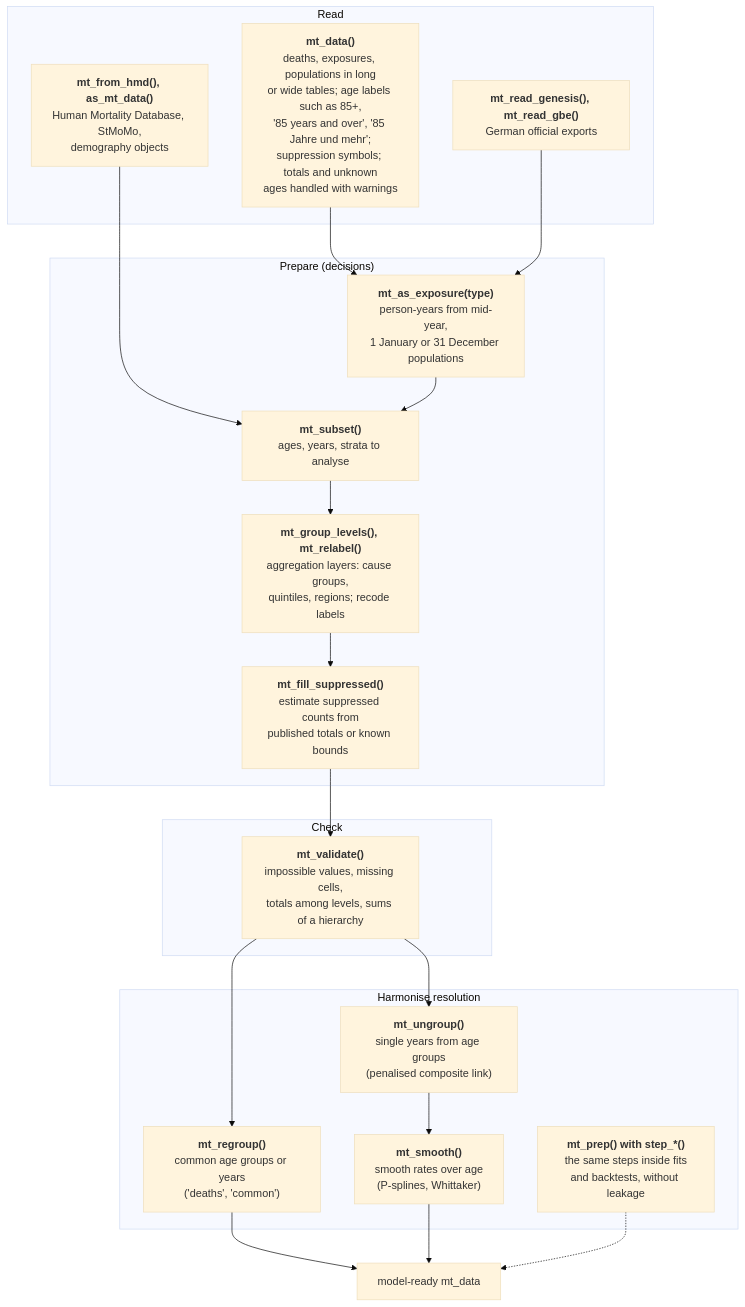
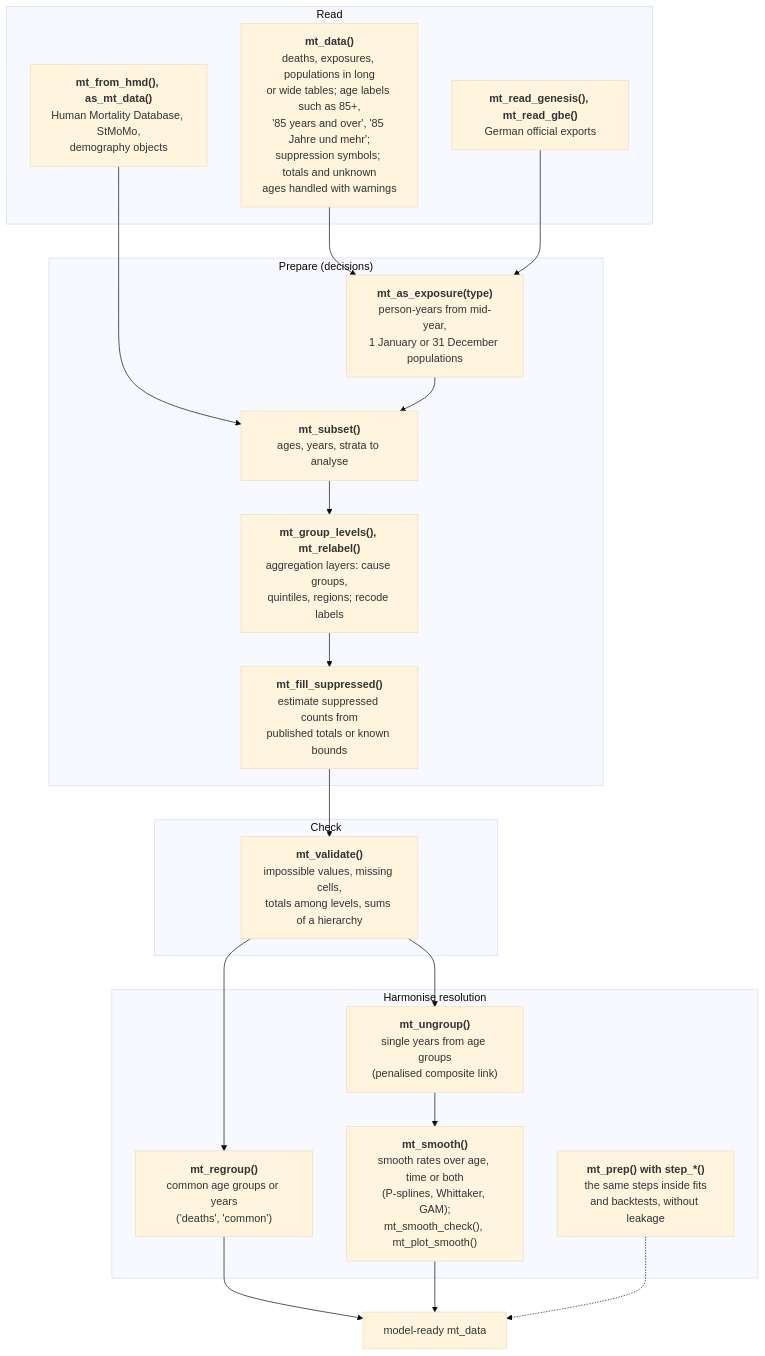
Before and after one commit to kalleEF/mortensor: the second of 5 diagrams in vignettes/articles/function-map.Rmd, drawn with Mermaid (base theme). The commit also changed other lines of this file and 64 other files, not shown here.

````diff
--- a/vignettes/articles/function-map.Rmd
+++ b/vignettes/articles/function-map.Rmd
@@ -47,58 +47,59 @@
 ```mermaid
 flowchart TD
   subgraph READ["Read"]
     A1["`**mt_data()**
     deaths, exposures, populations in long
     or wide tables; age labels such as 85+,
     '85 years and over', '85 Jahre und mehr';
     suppression symbols; totals and unknown
     ages handled with warnings`"]
     A2["`**mt_read_genesis(), mt_read_gbe()**
     German official exports`"]
     A3["`**mt_from_hmd(), as_mt_data()**
     Human Mortality Database, StMoMo,
     demography objects`"]
   end
   subgraph PREP["Prepare (decisions)"]
     B1["`**mt_as_exposure(type)**
     person-years from mid-year,
     1 January or 31 December populations`"]
     B2["`**mt_subset()**
     ages, years, strata to analyse`"]
     B3["`**mt_group_levels(), mt_relabel()**
     aggregation layers: cause groups,
     quintiles, regions; recode labels`"]
     B4["`**mt_fill_suppressed()**
     estimate suppressed counts from
     published totals or known bounds`"]
   end
   subgraph CHECK["Check"]
     C1["`**mt_validate()**
     impossible values, missing cells,
     totals among levels, sums of a hierarchy`"]
   end
   subgraph HARM["Harmonise resolution"]
     H1["`**mt_regroup()**
     common age groups or years
     ('deaths', 'common')`"]
     H2["`**mt_ungroup()**
     single years from age groups
     (penalised composite link)`"]
     H3["`**mt_smooth()**
-    smooth rates over age
-    (P-splines, Whittaker)`"]
+    smooth rates over age, time or both
+    (P-splines, Whittaker, GAM);
+    mt_smooth_check(), mt_plot_smooth()`"]
     H4["`**mt_prep() with step_*()**
     the same steps inside fits
     and backtests, without leakage`"]
   end
   A1 --> B1
   A2 --> B1
   A3 --> B2
   B1 --> B2 --> B3 --> B4 --> C1
   C1 --> H1
   C1 --> H2
   H2 --> H3
   H1 --> M["model-ready mt_data"]
   H3 --> M
   H4 -.-> M
 ```
````
